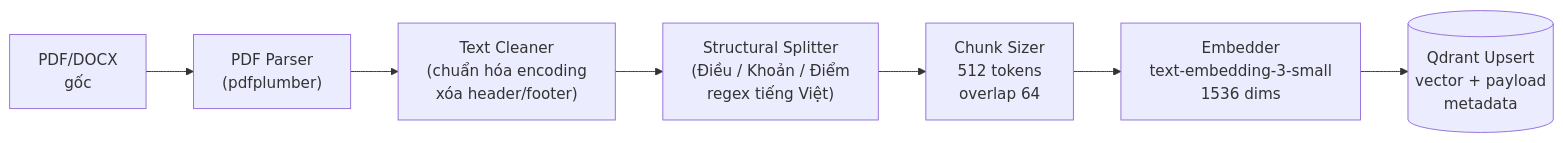
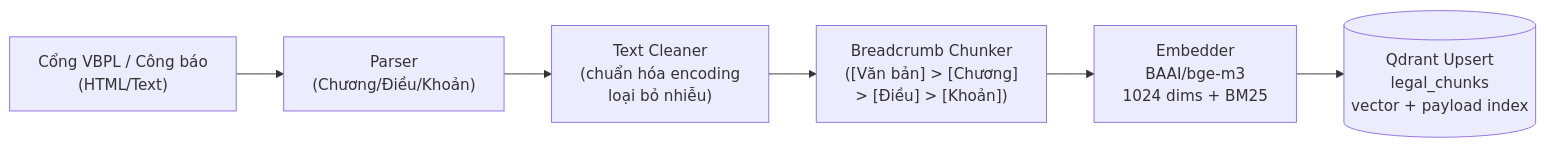
The third of 4 diagrams in docs/PRD.md (dovh25/agentic-rag-legal-qa-hanoi), drawn with Mermaid before and after one commit. The commit also changed other lines of this file and 4 other files, not shown here.

````diff
--- a/docs/PRD.md
+++ b/docs/PRD.md
@@ -368,9 +368,8 @@
 ```mermaid
 flowchart LR
-    A["PDF/DOCX\ngốc"] --> B["PDF Parser\n(pdfplumber)"]
-    B --> C["Text Cleaner\n(chuẩn hóa encoding\nxóa header/footer)"]
-    C --> D["Structural Splitter\n(Điều / Khoản / Điểm\nregex tiếng Việt)"]
-    D --> E["Chunk Sizer\n512 tokens\noverlap 64"]
-    E --> F["Embedder\ntext-embedding-3-small\n1536 dims"]
-    F --> G[("Qdrant Upsert\nvector + payload\nmetadata")]
+    A["Cổng VBPL / Công báo\n(HTML/Text)"] --> B["Parser\n(Chương/Điều/Khoản)"]
+    B --> C["Text Cleaner\n(chuẩn hóa encoding\nloại bỏ nhiễu)"]
+    C --> D["Breadcrumb Chunker\n([Văn bản] > [Chương]\n> [Điều] > [Khoản])"]
+    D --> E["Embedder\nBAAI/bge-m3\n1024 dims + BM25"]
+    E --> F[("Qdrant Upsert\nlegal_chunks\nvector + payload index")]
 ```
````
